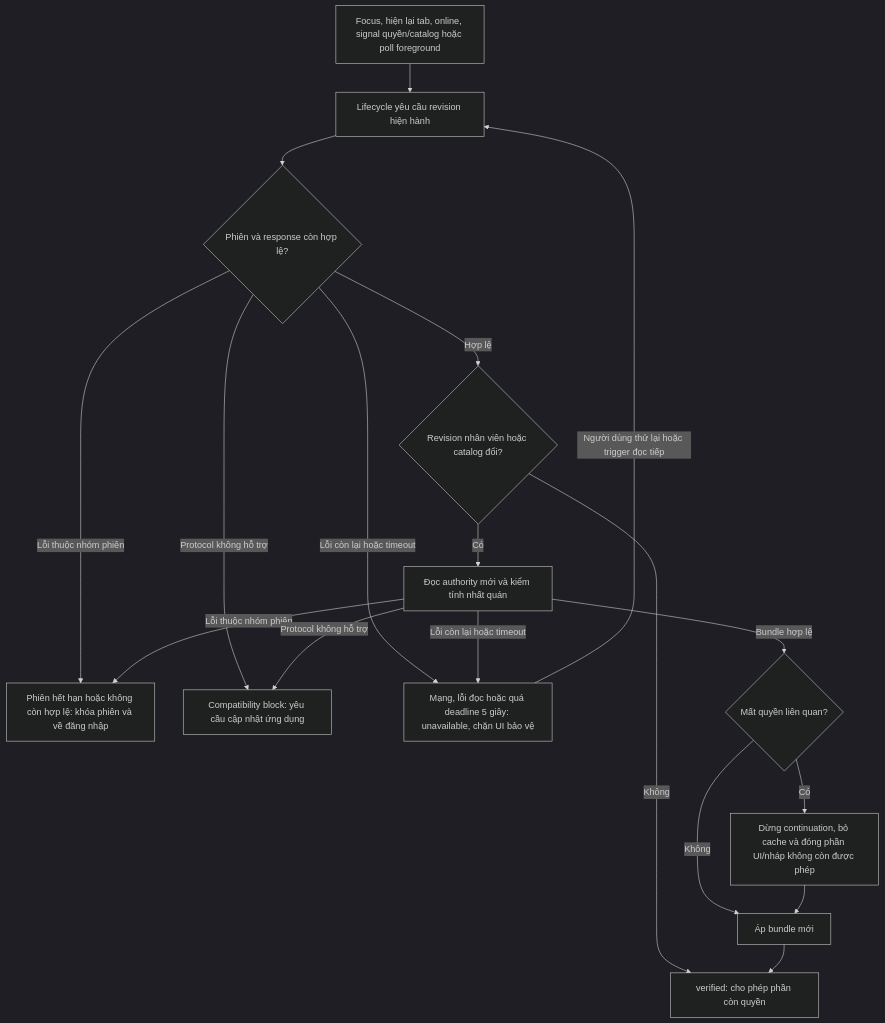
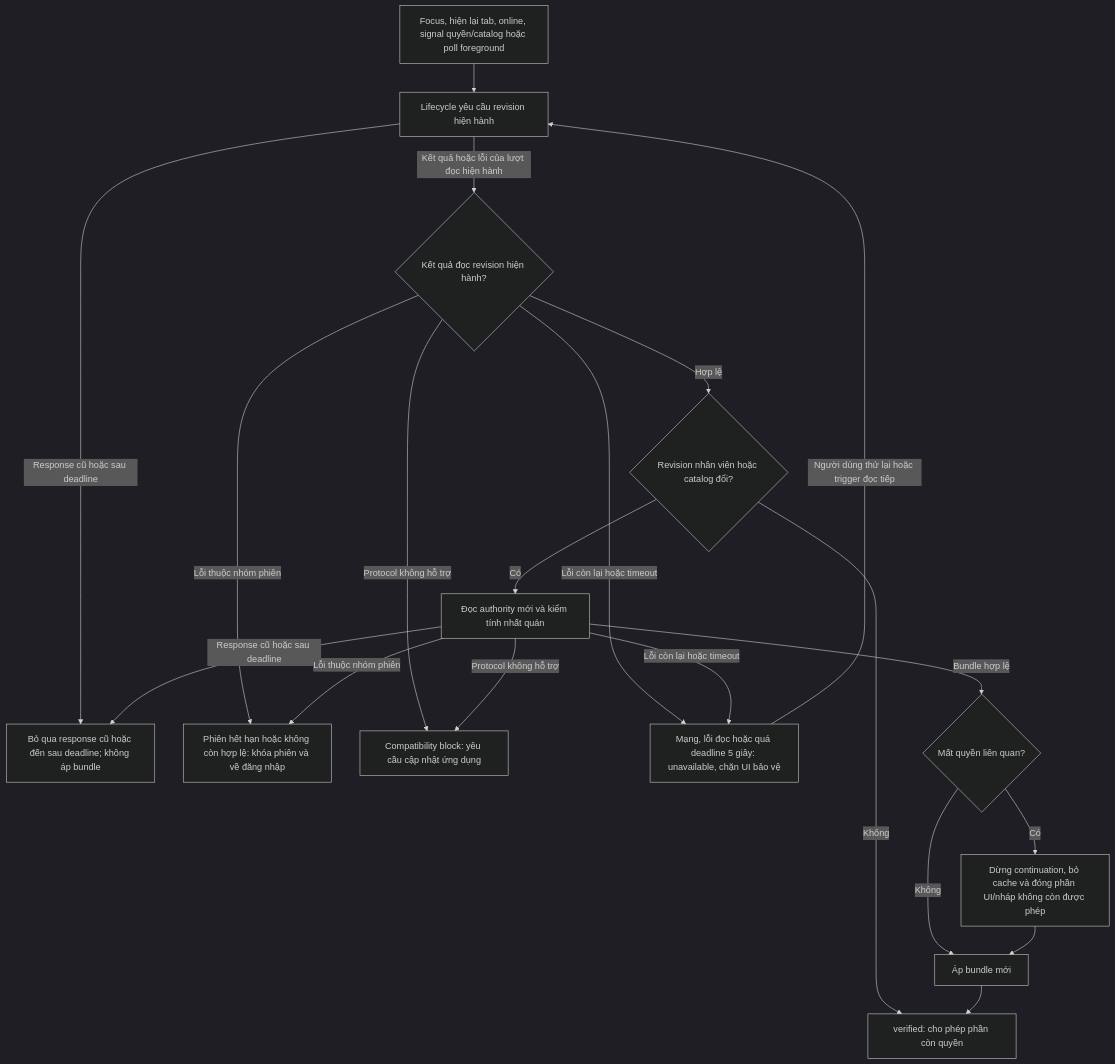
One commit to nguyentronglinh045/pos-cafe changed the seventh of 8 diagrams in docs/critical-flows.md. Above: the diagram before and after it, drawn with Mermaid (dark theme). The commit also changed other lines of this file and 28 other files, not shown here.

Commit message:
docs: align flow diagrams with reviewed code

````diff
--- a/docs/critical-flows.md
+++ b/docs/critical-flows.md
@@ -276,32 +290,35 @@
 ```mermaid
 flowchart TD
     trigger["Focus, hiện lại tab, online, signal quyền/catalog hoặc poll foreground"]
     start["Lifecycle yêu cầu revision hiện hành"]
-    valid{"Phiên và response còn hợp lệ?"}
+    valid{"Kết quả đọc revision hiện hành?"}
+    stale["Bỏ qua response cũ hoặc đến sau deadline; không áp bundle"]
     expired["Phiên hết hạn hoặc không còn hợp lệ: khóa phiên và về đăng nhập"]
     compatibility["Compatibility block: yêu cầu cập nhật ứng dụng"]
     unavailable["Mạng, lỗi đọc hoặc quá deadline 5 giây: unavailable, chặn UI bảo vệ"]
     changed{"Revision nhân viên hoặc catalog đổi?"}
     bundle["Đọc authority mới và kiểm tính nhất quán"]
     lost{"Mất quyền liên quan?"}
     purge["Dừng continuation, bỏ cache và đóng phần UI/nháp không còn được phép"]
     apply["Áp bundle mới"]
     verified["verified: cho phép phần còn quyền"]
     trigger --> start
-    start --> valid
+    start -->|"Kết quả hoặc lỗi của lượt đọc hiện hành"| valid
+    start -->|"Response cũ hoặc sau deadline"| stale
     valid -->|"Lỗi thuộc nhóm phiên"| expired
     valid -->|"Protocol không hỗ trợ"| compatibility
     valid -->|"Lỗi còn lại hoặc timeout"| unavailable
     valid -->|"Hợp lệ"| changed
     changed -->|"Không"| verified
     changed -->|"Có"| bundle
+    bundle -->|"Response cũ hoặc sau deadline"| stale
     bundle -->|"Lỗi còn lại hoặc timeout"| unavailable
     bundle -->|"Lỗi thuộc nhóm phiên"| expired
     bundle -->|"Protocol không hỗ trợ"| compatibility
     bundle -->|"Bundle hợp lệ"| lost
     lost -->|"Có"| purge
     lost -->|"Không"| apply
     purge --> apply
     apply --> verified
     unavailable -->|"Người dùng thử lại hoặc trigger đọc tiếp"| start
 ```
````
